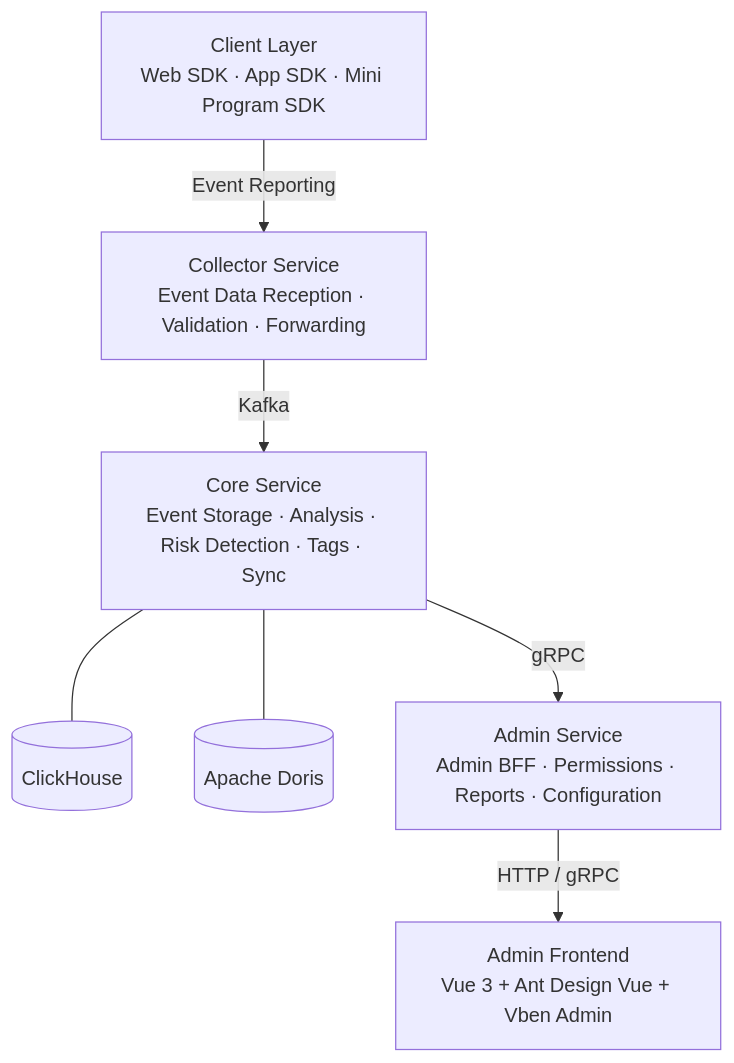
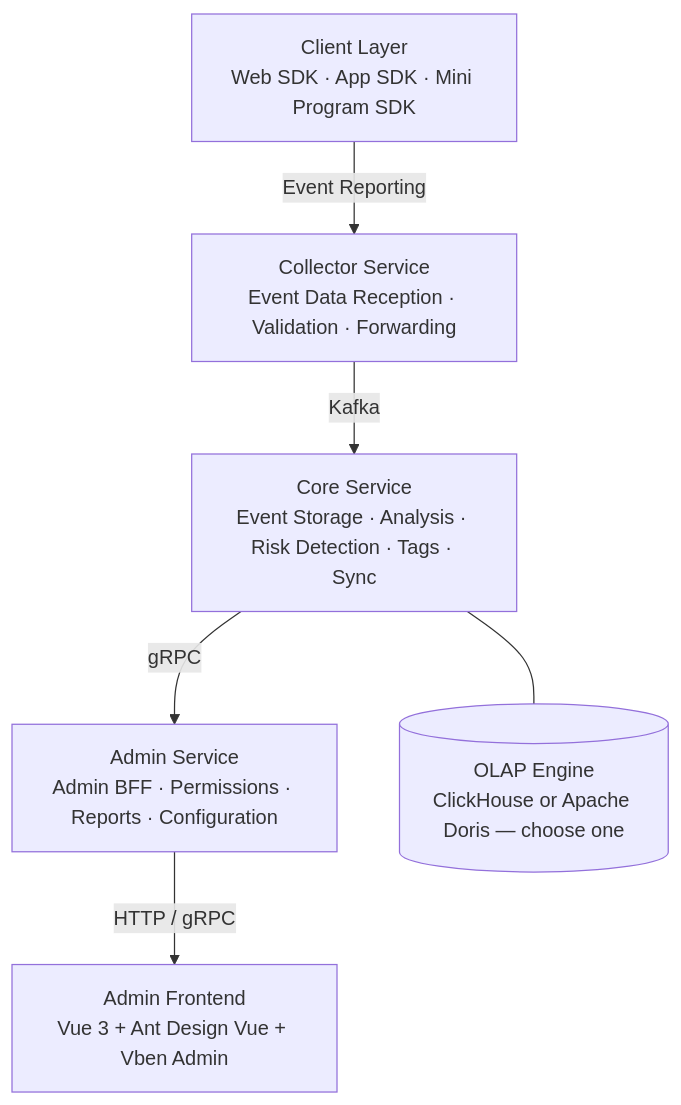
One commit to tx7do/go-wind-uba changed the diagram in README_en.md. Above: the diagram before and after it, drawn with Mermaid. The commit also changed other lines of this file and 2 other files, not shown here.

````diff
--- a/README_en.md
+++ b/README_en.md
@@ -105,17 +105,14 @@
 ```mermaid
 graph TB
     SDK["Client Layer<br/>Web SDK · App SDK · Mini Program SDK"]
     Collector["Collector Service<br/>Event Data Reception · Validation · Forwarding"]
     Core["Core Service<br/>Event Storage · Analysis · Risk Detection · Tags · Sync"]
-    CH[(ClickHouse)]
-    Doris[(Apache Doris)]
     Admin["Admin Service<br/>Admin BFF · Permissions · Reports · Configuration"]
     Frontend["Admin Frontend<br/>Vue 3 + Ant Design Vue + Vben Admin"]
 
     SDK -->|"Event Reporting"| Collector
     Collector -->|"Kafka"| Core
-    Core --- CH
-    Core --- Doris
+    Core --- OLAP[(OLAP Engine<br/>ClickHouse or Apache Doris — choose one)]
     Core -->|"gRPC"| Admin
     Admin -->|"HTTP / gRPC"| Frontend
 ```
````
